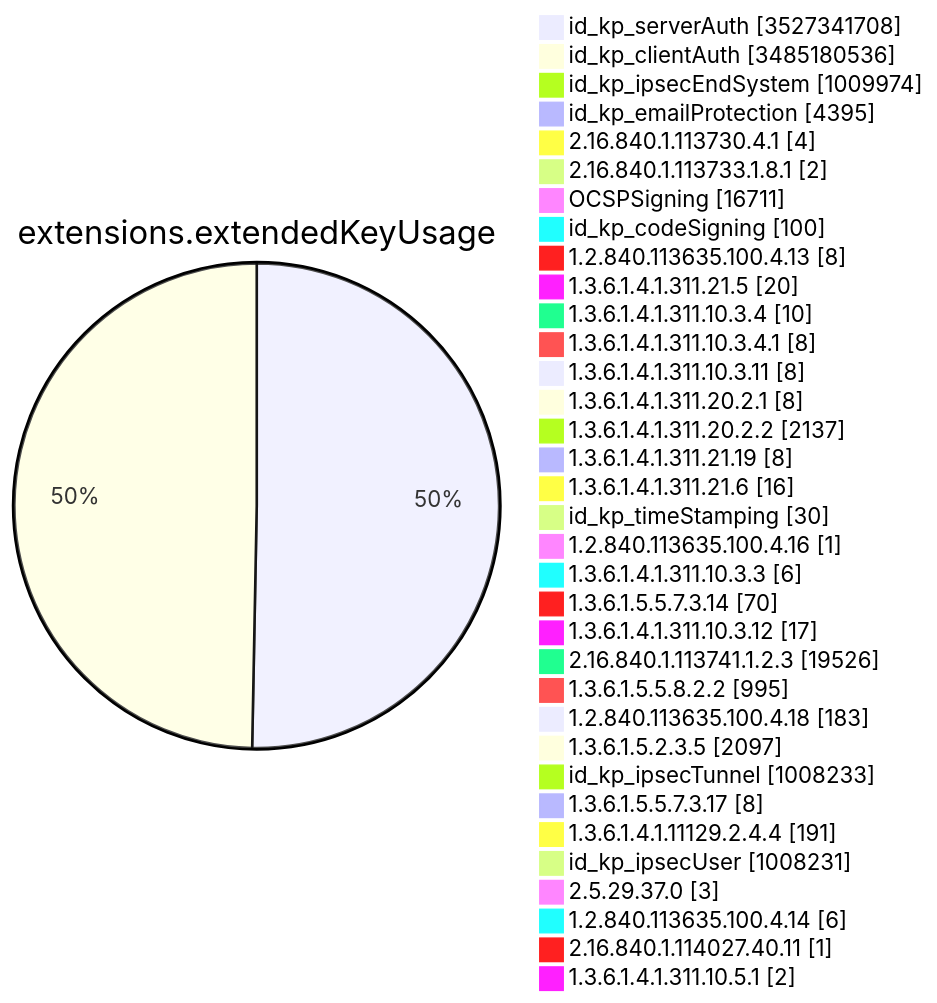
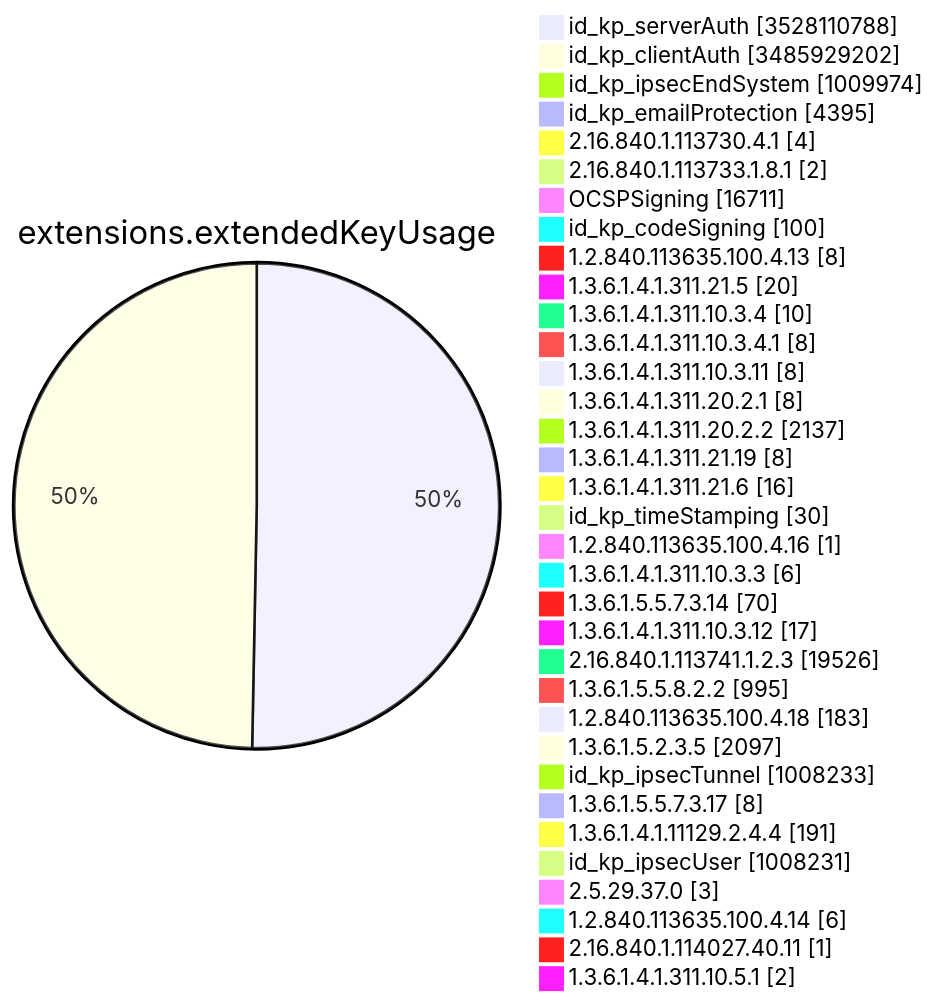
Diagram 11 of 15 in TOTAL/README.md (christiankrug/ctmonitor_visualization), drawn with Mermaid before and after one commit. The commit also changed other lines of this file, not shown here.

````diff
--- a/TOTAL/README.md
+++ b/TOTAL/README.md
@@ -4127,38 +4127,38 @@
 ```mermaid
 pie showData
 title extensions.extendedKeyUsage
-"id_kp_serverAuth" :3527341708
-"id_kp_clientAuth" :3485180536
+"id_kp_serverAuth" :3528110788
+"id_kp_clientAuth" :3485929202
 "id_kp_ipsecEndSystem" :1009974
 "id_kp_emailProtection" :4395
 "2.16.840.1.113730.4.1" :4
 "2.16.840.1.113733.1.8.1" :2
 "OCSPSigning" :16711
 "id_kp_codeSigning" :100
 "1.2.840.113635.100.4.13" :8
 "1.3.6.1.4.1.311.21.5" :20
 "1.3.6.1.4.1.311.10.3.4" :10
 "1.3.6.1.4.1.311.10.3.4.1" :8
 "1.3.6.1.4.1.311.10.3.11" :8
 "1.3.6.1.4.1.311.20.2.1" :8
 "1.3.6.1.4.1.311.20.2.2" :2137
 "1.3.6.1.4.1.311.21.19" :8
 "1.3.6.1.4.1.311.21.6" :16
 "id_kp_timeStamping" :30
 "1.2.840.113635.100.4.16" :1
 "1.3.6.1.4.1.311.10.3.3" :6
 "1.3.6.1.5.5.7.3.14" :70
 "1.3.6.1.4.1.311.10.3.12" :17
 "2.16.840.1.113741.1.2.3" :19526
 "1.3.6.1.5.5.8.2.2" :995
 "1.2.840.113635.100.4.18" :183
 "1.3.6.1.5.2.3.5" :2097
 "id_kp_ipsecTunnel" :1008233
 "1.3.6.1.5.5.7.3.17" :8
 "1.3.6.1.4.1.11129.2.4.4" :191
 "id_kp_ipsecUser" :1008231
 "2.5.29.37.0" :3
 "1.2.840.113635.100.4.14" :6
 "2.16.840.1.114027.40.11" :1
 "1.3.6.1.4.1.311.10.5.1" :2
 ```
````
